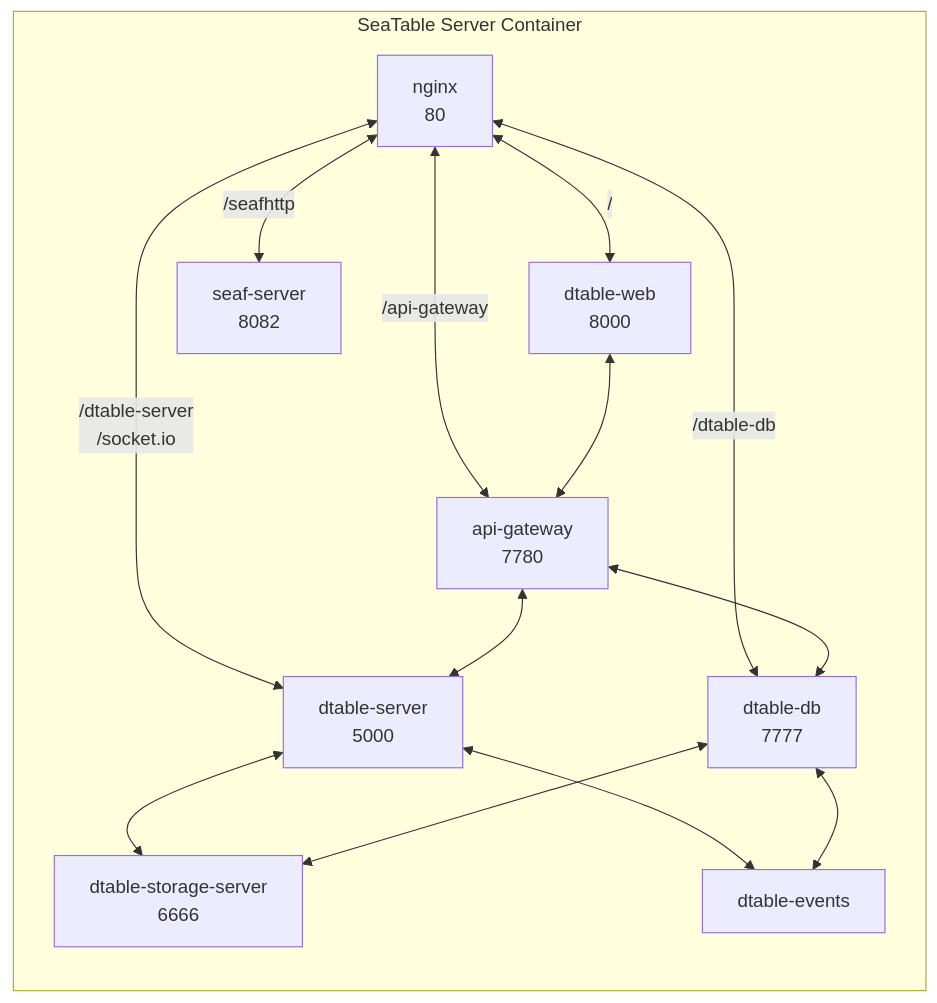
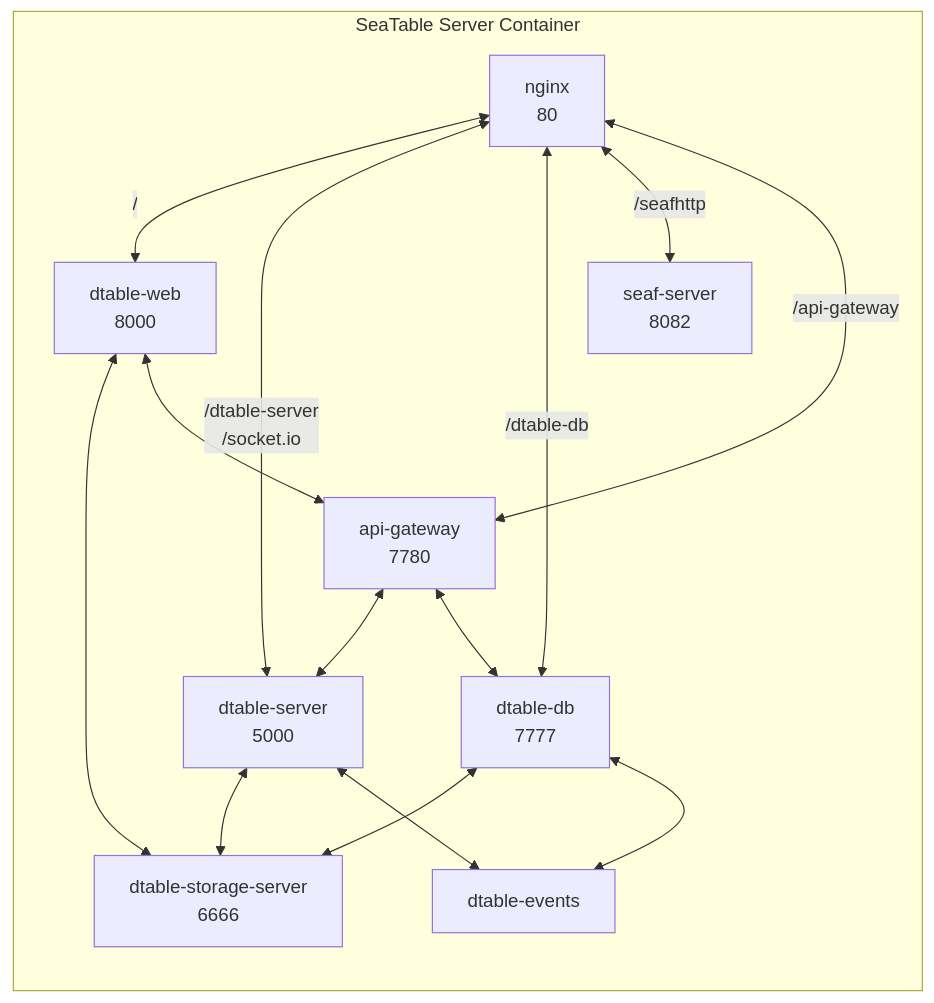
Before and after one commit to seatable/seatable-admin-docs: the second of 2 diagrams in docs/introduction/architecture.md, drawn with Mermaid.

Commit message:
Update architecture.md
Added connection between dtable-web and dtable-storage in seatable-server container

````diff
--- a/docs/introduction/architecture.md
+++ b/docs/introduction/architecture.md
@@ -43,25 +43,26 @@
 ```mermaid
 flowchart LR
     subgraph s[SeaTable Server Container]
         A[nginx<br/>80]
         B[dtable-web<br/>8000]
         C[dtable-server<br/>5000]
         D[dtable-db<br/>7777]
         E[seaf-server<br/>8082]
         G[dtable-events]
         F[dtable-storage-server<br/>6666]
         H[api-gateway<br/>7780]
         A<-- / -->B
         A<-- /dtable-server<br/>/socket.io -->C
         A<-- /dtable-db -->D
         A<-- /seafhttp -->E
         A<-- /api-gateway -->H
+        B<-->F
         C<-->F
         D<-->F
         C<-->G
         D<-->G
         B<-->H
         H<-->C
         H<-->D
     end
 ```
````
